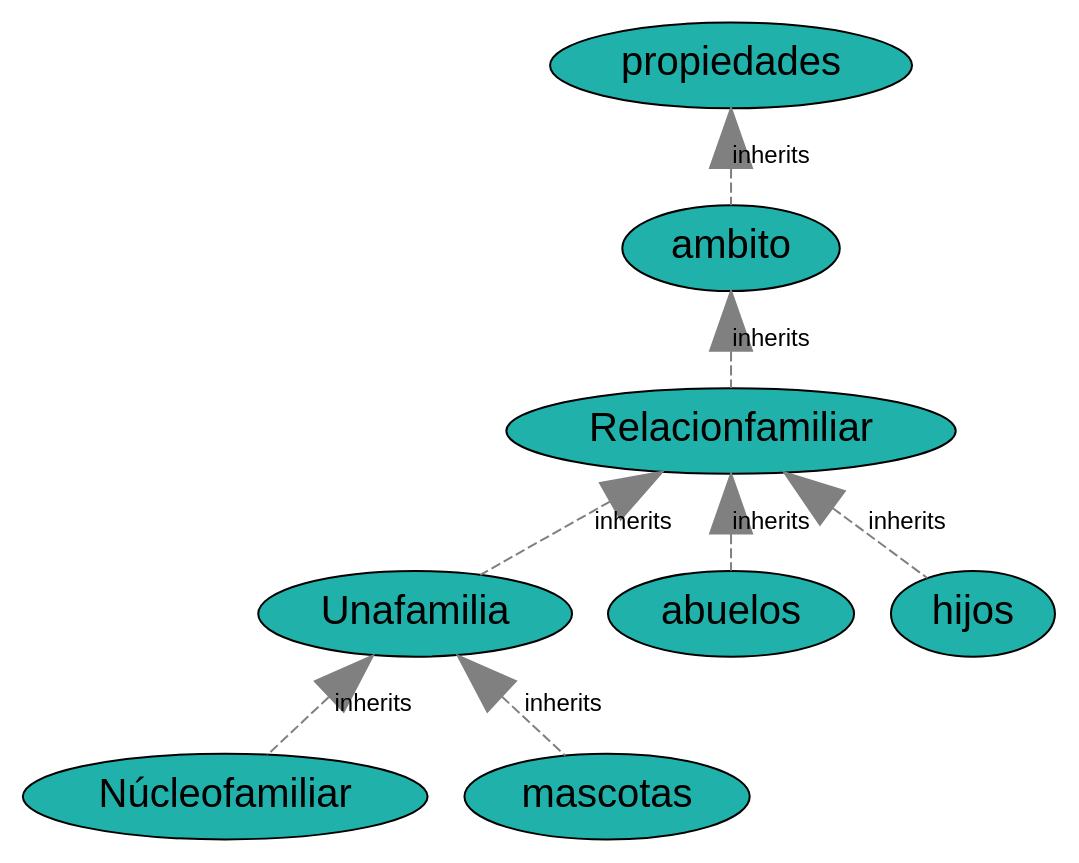
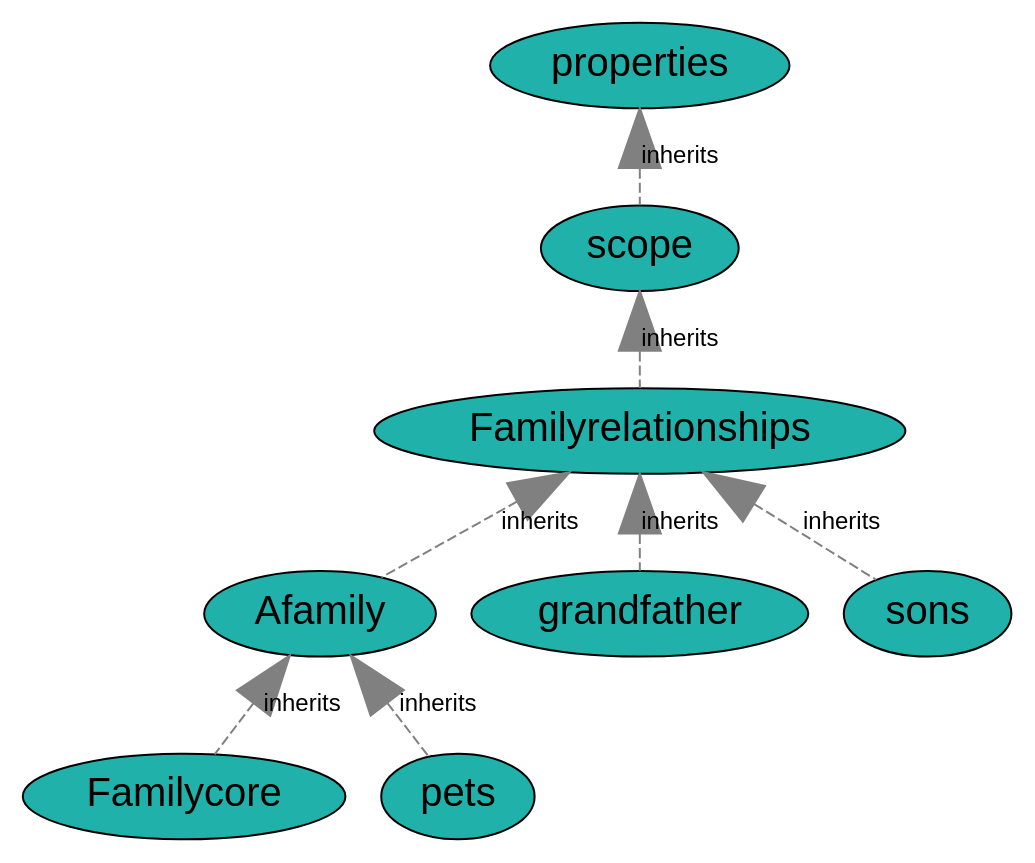
One commit to JuanCasado/Lenguajes changed the diagram in Output/parametros_dot12_properties.dot. Above: the diagram before and after it, drawn with Graphviz. The commit also changed 8 other files, not shown here.

```diff
--- a/Output/parametros_dot12_properties.dot
+++ b/Output/parametros_dot12_properties.dot
@@ -1,50 +1,50 @@
 graph properties{
 	//Defecto
 	node [fontname="Arial"];
 	edge [fontname="Arial",fontsize=12];
 
 	//PROPERTIES
 	node[fontsize="10", fillcolor="lightgoldenrodyellow", style="filled", shape="record", ]
 
 	
 
 	//CLASES
 	node[fontsize="20", fillcolor="lightseagreen", style="filled", shape="ellipse", ]
 
 	
-	class_Unafamilia [label="Unafamilia"];
-	class_Núcleofamiliar [label="Núcleofamiliar"];
-	class_abuelos [label="abuelos"];
-	class_hijos [label="hijos"];
-	class_propiedades [label="propiedades"];
-	class_Relacionfamiliar [label="Relacionfamiliar"];
-	class_mascotas [label="mascotas"];
-	class_ambito [label="ambito"];
+	class_Afamily [label="Afamily"];
+	class_Familycore [label="Familycore"];
+	class_grandfather [label="grandfather"];
+	class_sons [label="sons"];
+	class_properties [label="properties"];
+	class_Familyrelationships [label="Familyrelationships"];
+	class_pets [label="pets"];
+	class_scope [label="scope"];
 
 	//RELACIONES
 	node[fontsize="15", fillcolor="paleturquoise", style="filled", shape="hexagon", ]
 
 
 	//CLASE -- PROPIEDAD
 	edge[len="3", style="dashed", color="grey", ]
 
 
 	//RELACION -- PROPIEDAD
 
 	// uso indirecto de definición de tipos
 
 	// asociaciones a través de atributos marcadas de forma directa
 
 	// herencias
-	class_propiedades -- class_ambito [arrowsize="3", arrowhead="normal", dir="back", label="inherits"];
-	class_ambito -- class_Relacionfamiliar [arrowsize="3", arrowhead="normal", dir="back", label="inherits"];
-	class_Relacionfamiliar -- class_Unafamilia [arrowsize="3", arrowhead="normal", dir="back", label="inherits"];
-	class_Unafamilia -- class_Núcleofamiliar [arrowsize="3", arrowhead="normal", dir="back", label="inherits"];
-	class_Relacionfamiliar -- class_abuelos [arrowsize="3", arrowhead="normal", dir="back", label="inherits"];
-	class_Relacionfamiliar -- class_hijos [arrowsize="3", arrowhead="normal", dir="back", label="inherits"];
-	class_Unafamilia -- class_mascotas [arrowsize="3", arrowhead="normal", dir="back", label="inherits"];
+	class_properties -- class_scope [arrowsize="3", arrowhead="normal", dir="back", label="inherits"];
+	class_scope -- class_Familyrelationships [arrowsize="3", arrowhead="normal", dir="back", label="inherits"];
+	class_Familyrelationships -- class_Afamily [arrowsize="3", arrowhead="normal", dir="back", label="inherits"];
+	class_Afamily -- class_Familycore [arrowsize="3", arrowhead="normal", dir="back", label="inherits"];
+	class_Familyrelationships -- class_grandfather [arrowsize="3", arrowhead="normal", dir="back", label="inherits"];
+	class_Familyrelationships -- class_sons [arrowsize="3", arrowhead="normal", dir="back", label="inherits"];
+	class_Afamily -- class_pets [arrowsize="3", arrowhead="normal", dir="back", label="inherits"];
 
 	// enlaces de relaciones
 	edge[len="2",penwidth="3",color="blue"]
 
 }
```
